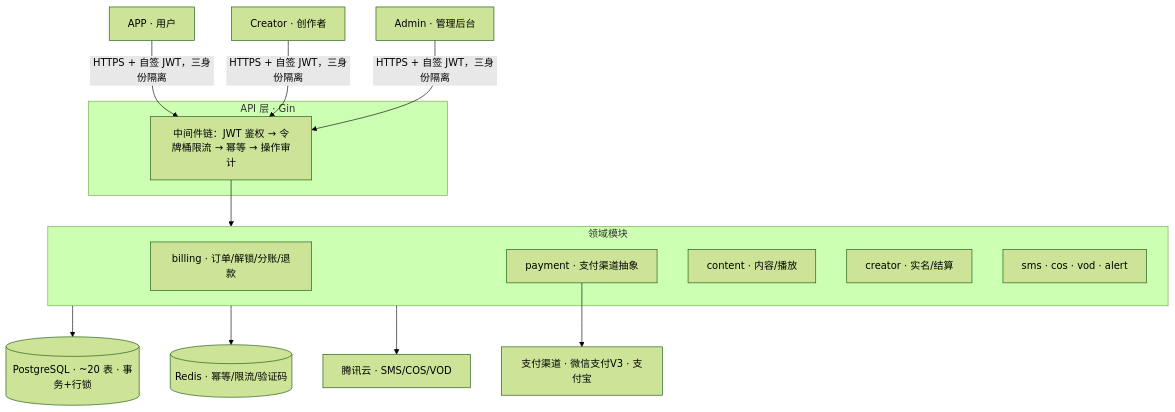
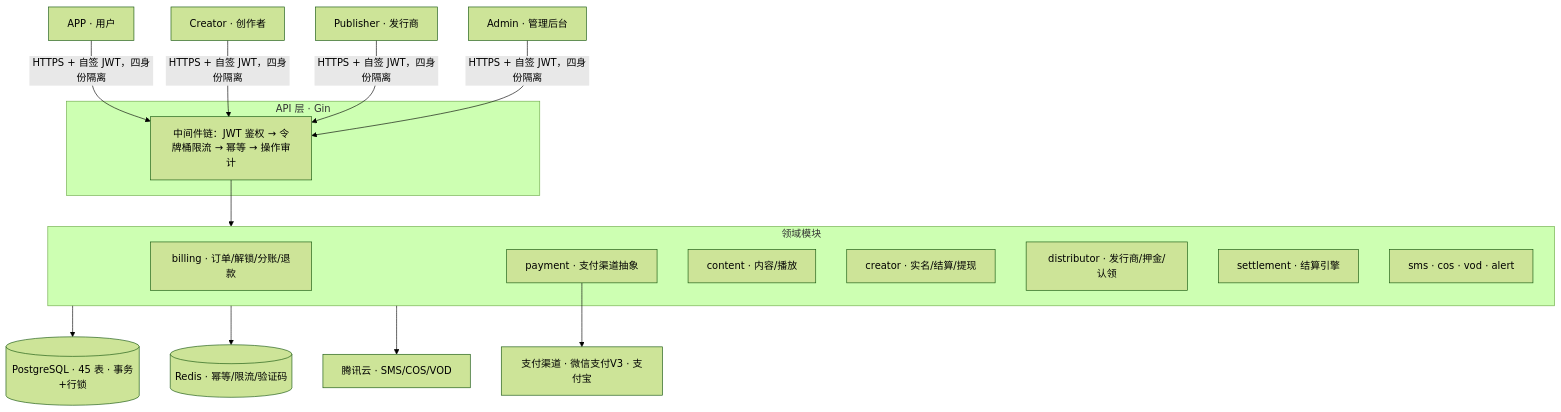
One commit to shaozheng0503/short-drama-backend changed the first of 4 diagrams in README.md. Above: the diagram before and after it, drawn with Mermaid (forest theme). The commit also changed other lines of this file and 1 other file, not shown here.

````diff
--- a/README.md
+++ b/README.md
@@ -46,25 +48,28 @@
 ```mermaid
 flowchart TB
     A1["APP · 用户"]
     A2["Creator · 创作者"]
-    A3["Admin · 管理后台"]
+    A3["Publisher · 发行商"]
+    A4["Admin · 管理后台"]
 
     subgraph apilayer ["API 层 · Gin"]
       MW["中间件链：JWT 鉴权 → 令牌桶限流 → 幂等 → 操作审计"]
     end
 
     subgraph domain ["领域模块"]
       D1["billing · 订单/解锁/分账/退款"]
       D2["payment · 支付渠道抽象"]
       D3["content · 内容/播放"]
-      D4["creator · 实名/结算"]
-      D5["sms · cos · vod · alert"]
+      D4["creator · 实名/结算/提现"]
+      D5["distributor · 发行商/押金/认领"]
+      D6["settlement · 结算引擎"]
+      D7["sms · cos · vod · alert"]
     end
 
-    A1 & A2 & A3 -->|"HTTPS + 自签 JWT，三身份隔离"| MW
+    A1 & A2 & A3 & A4 -->|"HTTPS + 自签 JWT，四身份隔离"| MW
     MW --> domain
-    domain --> PG[("PostgreSQL · ~20 表 · 事务+行锁")]
+    domain --> PG[("PostgreSQL · 45 表 · 事务+行锁")]
     domain --> RD[("Redis · 幂等/限流/验证码")]
     domain --> TC["腾讯云 · SMS/COS/VOD"]
     D2 --> PAYCH["支付渠道 · 微信支付V3 · 支付宝"]
 ```
````
